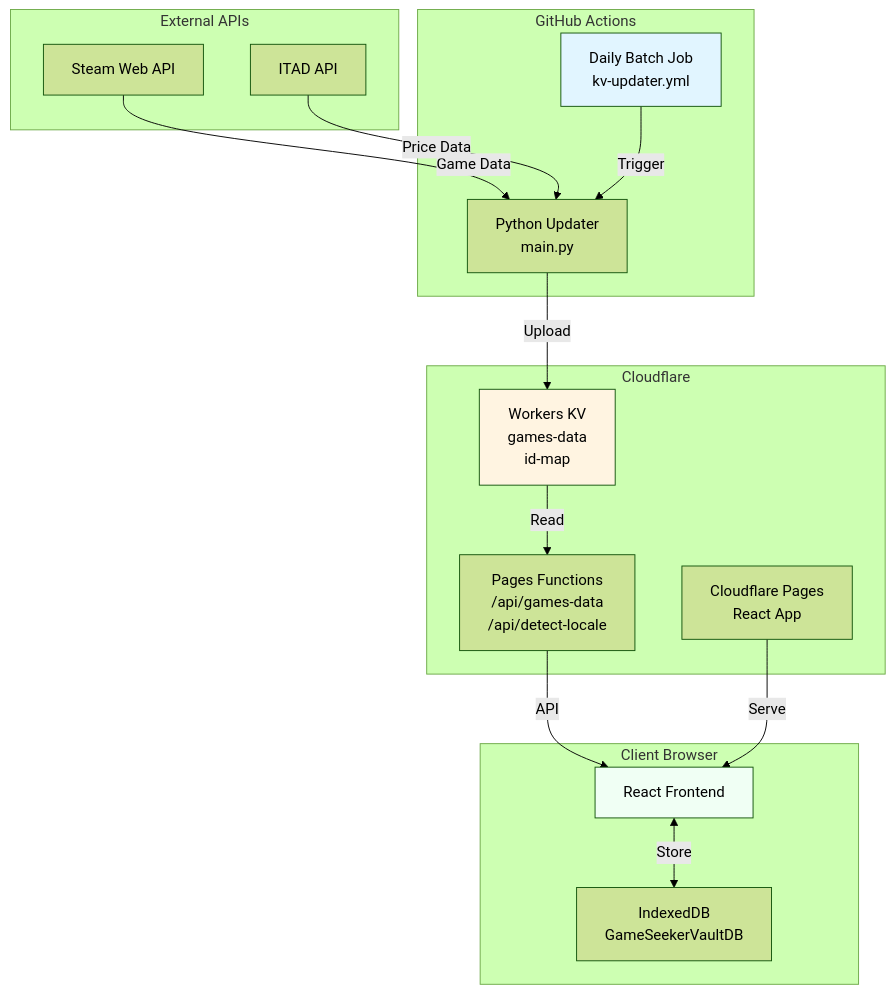
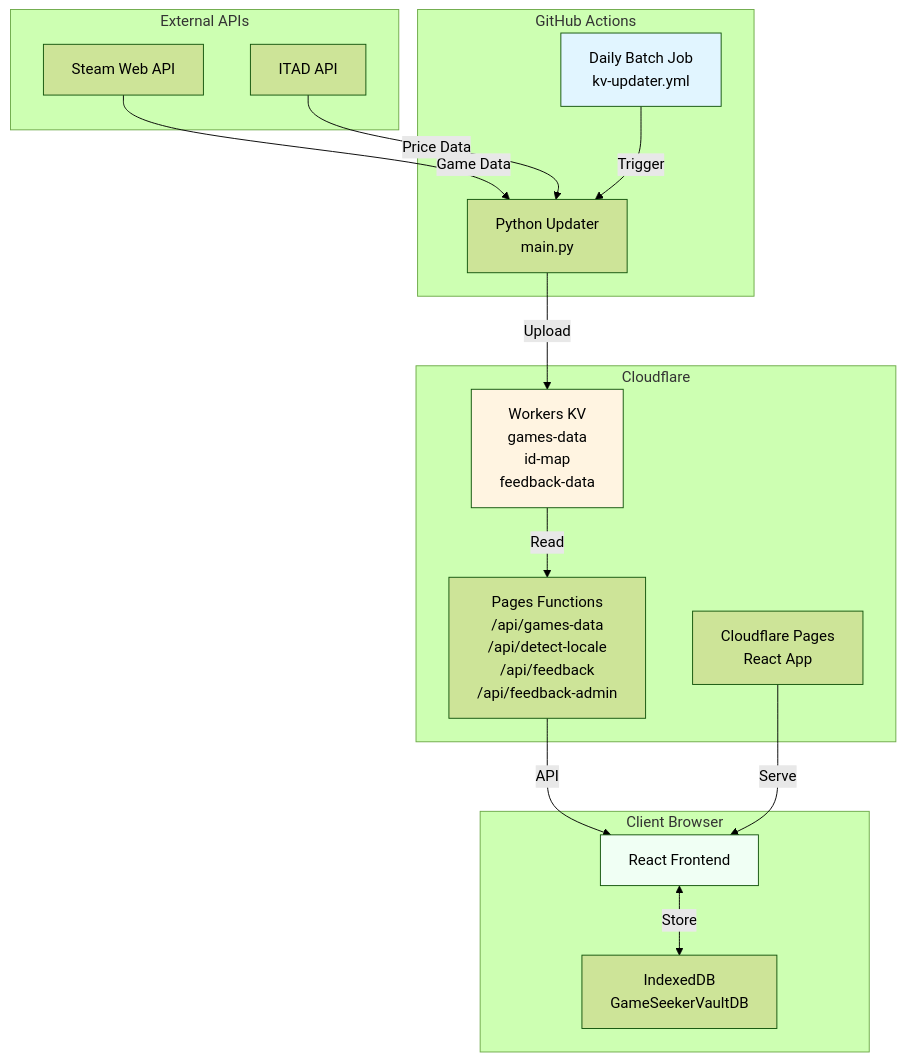
One commit to vibecoder-lab/game-seeker-vault changed the first of 7 diagrams in docs/ARCHITECTURE.md. Above: the diagram before and after it, drawn with Mermaid (forest theme). The commit also changed other lines of this file and 9 other files, not shown here.

````diff
--- a/docs/ARCHITECTURE.md
+++ b/docs/ARCHITECTURE.md
@@ -81,37 +84,37 @@
 ```mermaid
 graph TB
     subgraph "External APIs"
         A[Steam Web API]
         B[ITAD API]
     end
 
     subgraph "GitHub Actions"
         C[Daily Batch Job<br/>kv-updater.yml]
         D[Python Updater<br/>main.py]
     end
 
     subgraph "Cloudflare"
-        E[Workers KV<br/>games-data<br/>id-map]
-        F[Pages Functions<br/>/api/games-data<br/>/api/detect-locale]
+        E[Workers KV<br/>games-data<br/>id-map<br/>feedback-data]
+        F[Pages Functions<br/>/api/games-data<br/>/api/detect-locale<br/>/api/feedback<br/>/api/feedback-admin]
         G[Cloudflare Pages<br/>React App]
     end
 
     subgraph "Client Browser"
         H[React Frontend]
         I[IndexedDB<br/>GameSeekerVaultDB]
     end
 
     A -->|Game Data| D
     B -->|Price Data| D
     D -->|Upload| E
     C -->|Trigger| D
 
     E -->|Read| F
     F -->|API| H
     G -->|Serve| H
     H <-->|Store| I
 
     style C fill:#e1f5ff
     style E fill:#fff4e1
     style H fill:#f0fff4
 ```
````
